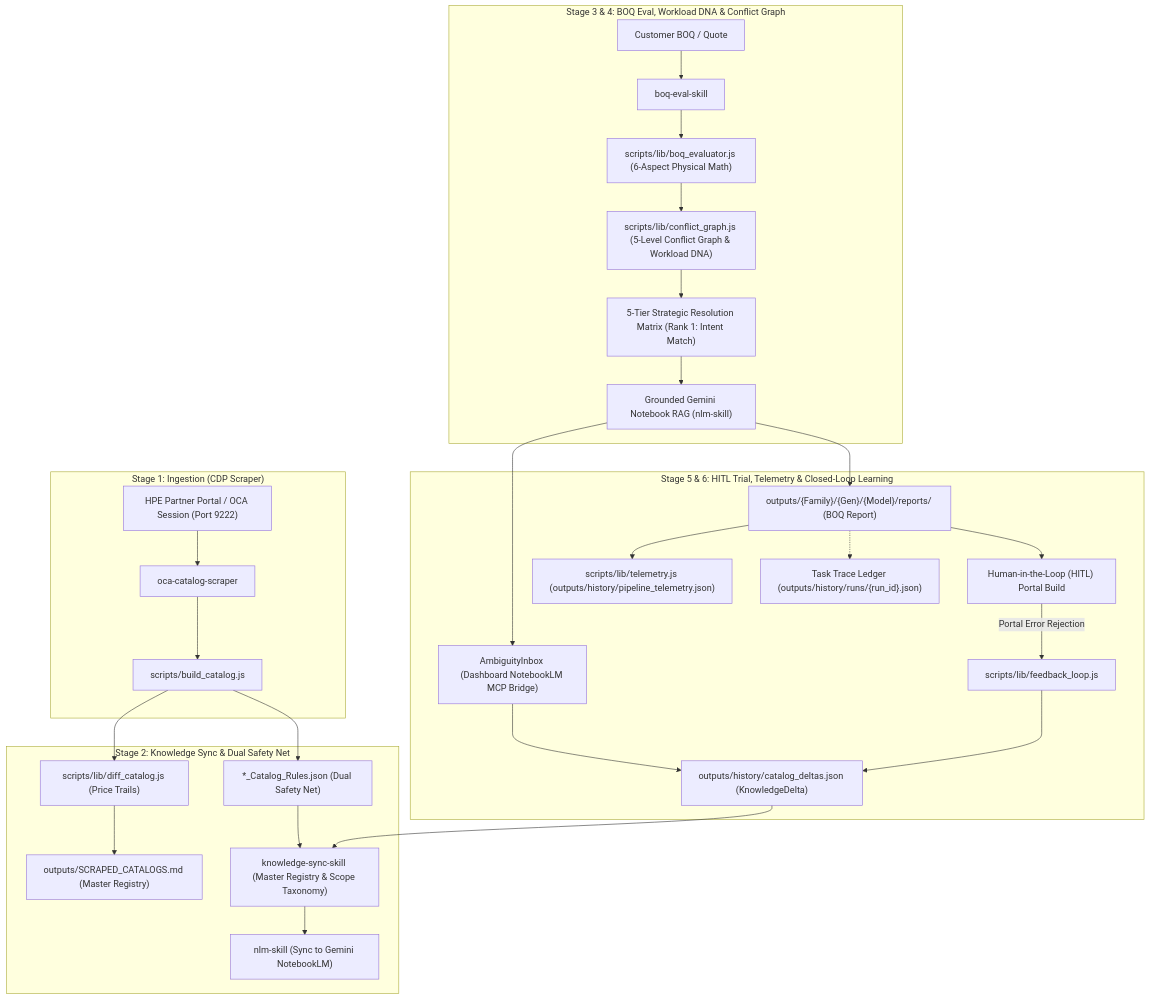
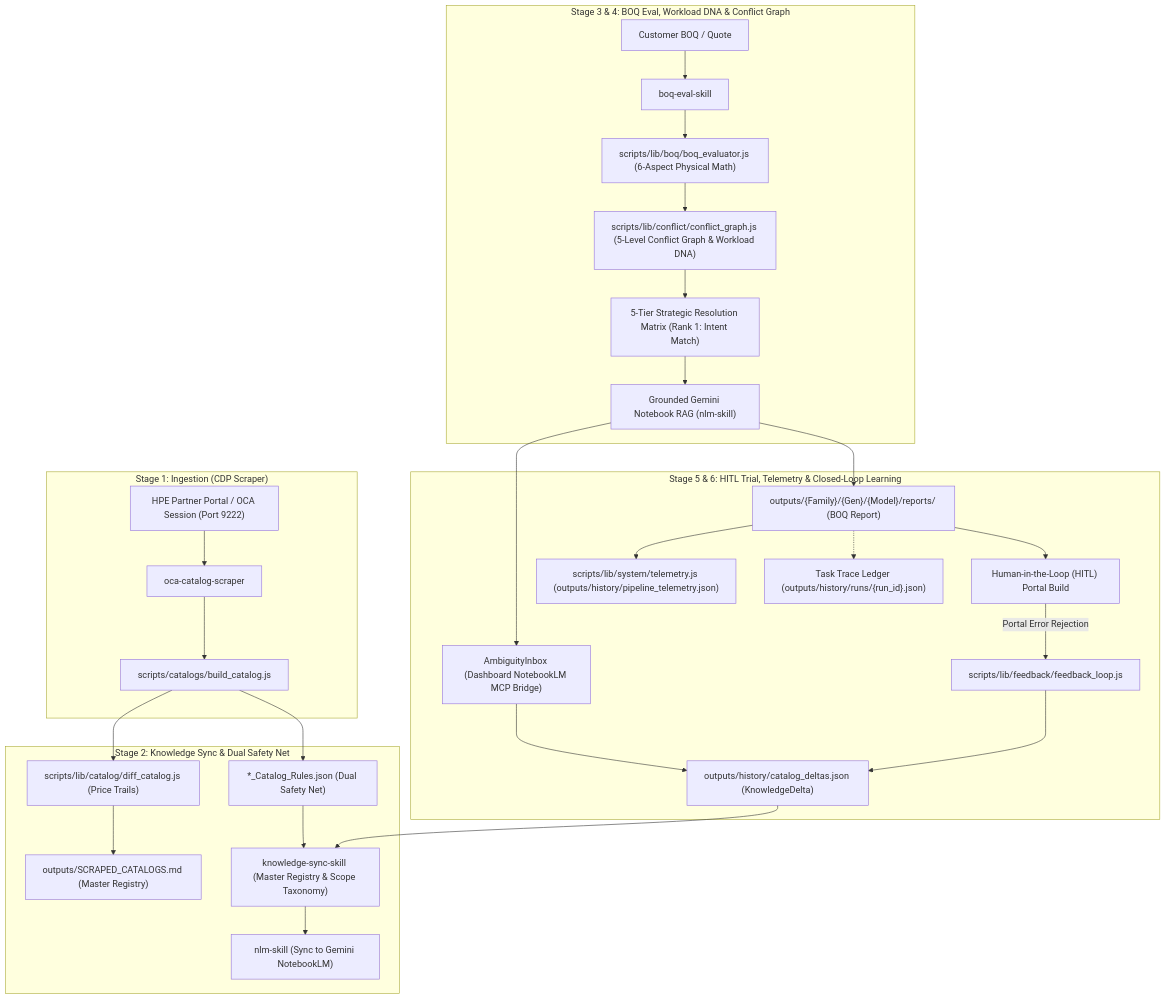
Before and after one commit to vinodhsubramanian123/updatedVendorScrapingNotebook-v2: the diagram in .agents/skills/orchestrator-workflow-skill/SKILL.md, drawn with Mermaid. The commit also changed other lines of this file and 15 other files, not shown here.

````diff
--- a/.agents/skills/orchestrator-workflow-skill/SKILL.md
+++ b/.agents/skills/orchestrator-workflow-skill/SKILL.md
@@ -14,35 +14,35 @@
 ```mermaid
 graph TD
     subgraph "Stage 1: Ingestion (CDP Scraper)"
         A["HPE Partner Portal / OCA Session (Port 9222)"] --> B["oca-catalog-scraper"]
-        B --> C["scripts/build_catalog.js"]
+        B --> C["scripts/catalogs/build_catalog.js"]
     end
 
     subgraph "Stage 2: Knowledge Sync & Dual Safety Net"
-        C --> D["scripts/lib/diff_catalog.js (Price Trails)"]
+        C --> D["scripts/lib/catalog/diff_catalog.js (Price Trails)"]
         C --> E["*_Catalog_Rules.json (Dual Safety Net)"]
         D --> F["outputs/SCRAPED_CATALOGS.md (Master Registry)"]
         E --> G["knowledge-sync-skill (Master Registry & Scope Taxonomy)"]
         G --> H["nlm-skill (Sync to Gemini NotebookLM)"]
     end
 
     subgraph "Stage 3 & 4: BOQ Eval, Workload DNA & Conflict Graph"
         I["Customer BOQ / Quote"] --> J["boq-eval-skill"]
-        J --> K["scripts/lib/boq_evaluator.js (6-Aspect Physical Math)"]
-        K --> L["scripts/lib/conflict_graph.js (5-Level Conflict Graph & Workload DNA)"]
+        J --> K["scripts/lib/boq/boq_evaluator.js (6-Aspect Physical Math)"]
+        K --> L["scripts/lib/conflict/conflict_graph.js (5-Level Conflict Graph & Workload DNA)"]
         L --> M["5-Tier Strategic Resolution Matrix (Rank 1: Intent Match)"]
         M --> N["Grounded Gemini Notebook RAG (nlm-skill)"]
     end
 
     subgraph "Stage 5 & 6: HITL Trial, Telemetry & Closed-Loop Learning"
         N --> O["outputs/{Family}/{Gen}/{Model}/reports/ (BOQ Report)"]
         O --> P["Human-in-the-Loop (HITL) Portal Build"]
         N --> Z["AmbiguityInbox (Dashboard NotebookLM MCP Bridge)"]
         Z --> R["outputs/history/catalog_deltas.json (KnowledgeDelta)"]
-        P -- "Portal Error Rejection" --> Q["scripts/lib/feedback_loop.js"]
+        P -- "Portal Error Rejection" --> Q["scripts/lib/feedback/feedback_loop.js"]
         Q --> R
         R --> G
-        O --> S["scripts/lib/telemetry.js (outputs/history/pipeline_telemetry.json)"]
+        O --> S["scripts/lib/system/telemetry.js (outputs/history/pipeline_telemetry.json)"]
         O -.-> T["Task Trace Ledger (outputs/history/runs/{run_id}.json)"]
     end
 ```
````
